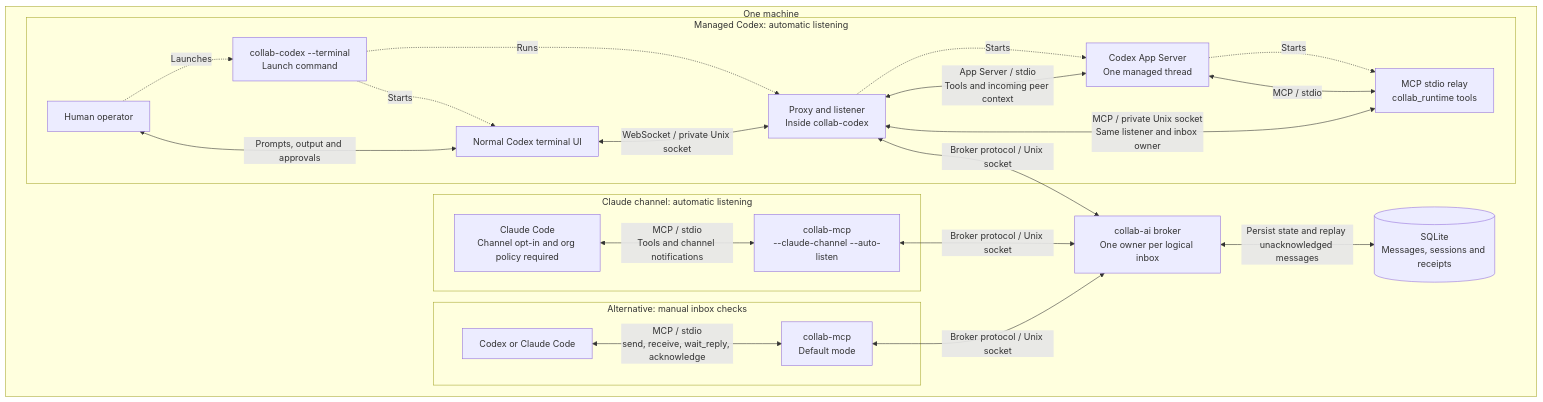
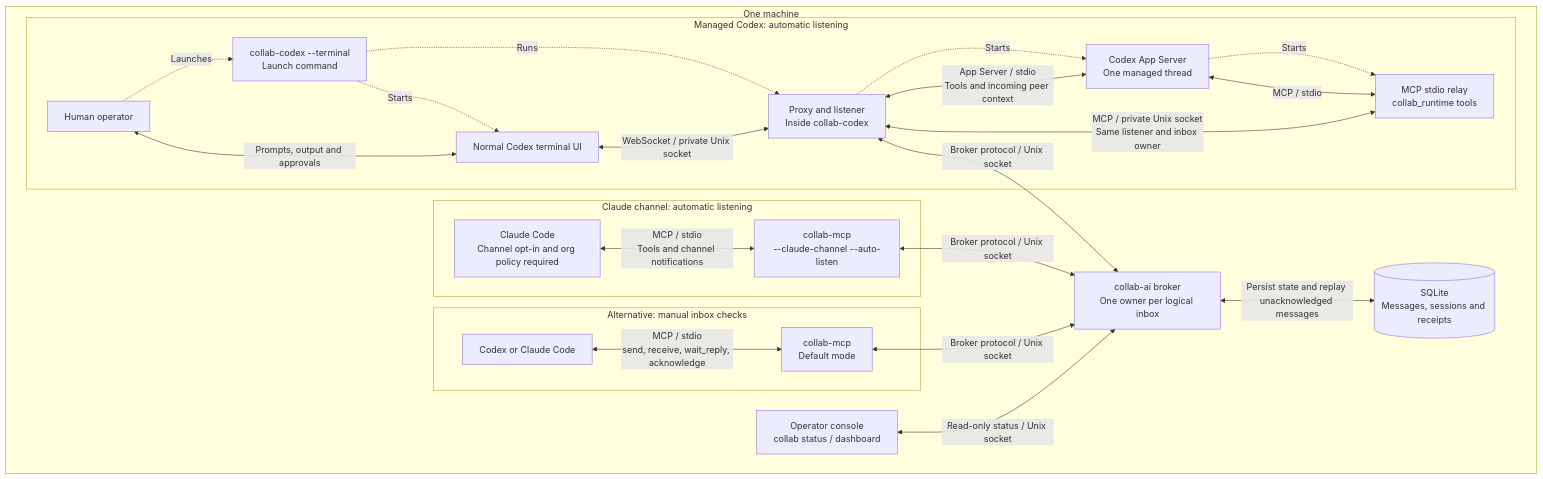
Before and after one commit to makarski/collab-ai: the diagram in README.md, drawn with Mermaid. The commit also changed other lines of this file and 14 other files, not shown here.

Commit message:
Add read-only Bubble Tea operator dashboard

````diff
--- a/README.md
+++ b/README.md
@@ -95,40 +96,41 @@
 ```mermaid
 flowchart TB
     subgraph local["One machine"]
         subgraph codexPath["Managed Codex: automatic listening"]
             human["Human operator"]
             codexLauncher["collab-codex --terminal<br/>Launch command"]
             codexUI["Normal Codex terminal UI"]
             codexProxy["Proxy and listener<br/>Inside collab-codex"]
             codexHost["Codex App Server<br/>One managed thread"]
             codexRelay["MCP stdio relay<br/>collab_runtime tools"]
             human -.->|"Launches"| codexLauncher
             codexLauncher -.->|"Starts"| codexUI
             codexLauncher -.->|"Runs"| codexProxy
             codexProxy -.->|"Starts"| codexHost
             codexHost -.->|"Starts"| codexRelay
             human <-->|"Prompts, output and approvals"| codexUI
             codexUI <-->|"WebSocket / private Unix socket"| codexProxy
             codexProxy <-->|"App Server / stdio<br/>Tools and incoming peer context"| codexHost
             codexHost <-->|"MCP / stdio"| codexRelay
             codexRelay <-->|"MCP / private Unix socket<br/>Same listener and inbox owner"| codexProxy
         end
 
         subgraph claudePath["Claude channel: automatic listening"]
             claude["Claude Code<br/>Channel opt-in and org policy required"]
             claudeMcp["collab-mcp<br/>--claude-channel --auto-listen"]
             claude <-->|"MCP / stdio<br/>Tools and channel notifications"| claudeMcp
         end
 
         subgraph manualPath["Alternative: manual inbox checks"]
             agent["Codex or Claude Code"]
             manualMcp["collab-mcp<br/>Default mode"]
             agent <-->|"MCP / stdio<br/>send, receive, wait_reply, acknowledge"| manualMcp
         end
 
         codexProxy <-->|"Broker protocol / Unix socket"| broker["collab-ai broker<br/>One owner per logical inbox"]
         claudeMcp <-->|"Broker protocol / Unix socket"| broker
         manualMcp <-->|"Broker protocol / Unix socket"| broker
+        operator["Operator console<br/>collab status / dashboard"] <-->|"Read-only status / Unix socket"| broker
         broker <-->|"Persist state and replay unacknowledged messages"| db[("SQLite<br/>Messages, sessions and receipts")]
     end
 ```
````
